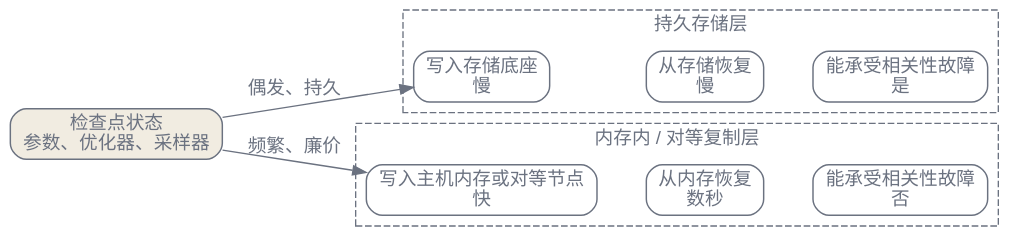
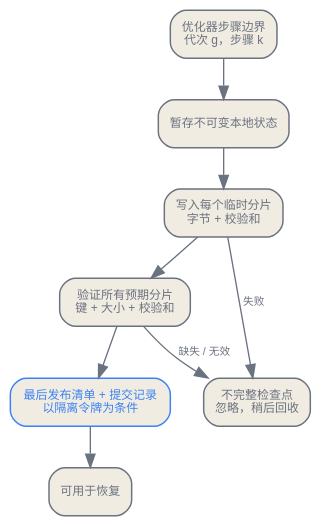
Before and after one commit to latere-ai/ai-as-an-infrastructure: the second of 3 diagrams in zh/infrastructure/04-orchestration-data-infra.qmd, drawn with Graphviz. The commit also changed other lines of this file and 2 other files, not shown here.

Commit message:
docs: rewrite Chinese orchestration chapter

````diff
--- a/zh/infrastructure/04-orchestration-data-infra.qmd
+++ b/zh/infrastructure/04-orchestration-data-infra.qmd
@@ -104,38 +104,24 @@
 ```{dot}
-//| label: fig-orchestration-checkpoint-tiers
-//| fig-cap: "两派检查点。持久存储层写入与恢复都慢，但能承受相关性故障；内存内或对等复制层两个方向都快，但若集群有足够多的部分同时宕掉就会丢失。多数运行将二者组合。"
+//| label: fig-orchestration-checkpoint-commit
+//| fig-cap: "只有在所有必需的临时分片都通过验证，并且受隔离令牌保护的清单提交记录最后发布之后，分布式检查点才可以用于恢复。"
 digraph {
   bgcolor="transparent";
-  rankdir=LR;
-  node [shape=box, style=rounded, fontname="Helvetica", color="#6b7280", fontcolor="#6b7280", penwidth=1.1];
-  edge [color="#6b7280", fontcolor="#6b7280"];
+  rankdir=TB;
+  nodesep=0.35; ranksep=0.42;
+  node [shape=box, style="rounded,filled", fontname="Helvetica", fontsize=9,
+        color="#6b7280", fontcolor="#6b7280", fillcolor="#f1ece1", penwidth=1.1];
+  edge [fontname="Helvetica", fontsize=8, color="#6b7280", fontcolor="#6b7280"];
 
-  subgraph cluster_durable {
-    label="持久存储层";
-    fontname="Helvetica";
-    fontcolor="#6b7280";
-    color="#6b7280";
-    style=dashed;
-    DW [label="写入存储底座\n慢"];
-    DR [label="从存储恢复\n慢"];
-    DS [label="能承受相关性故障\n是"];
-  }
+  boundary [label="优化器步骤边界\n代次 g，步骤 k"];
+  stage [label="暂存不可变本地状态"];
+  write [label="写入每个临时分片\n字节 + 校验和"];
+  verify [label="验证所有预期分片\n键 + 大小 + 校验和"];
+  commit [label="最后发布清单 + 提交记录\n以隔离令牌为条件", color="#3b82f6", fontcolor="#3b82f6"];
+  restore [label="可用于恢复"];
+  partial [label="不完整检查点\n忽略，稍后回收"];
 
-  subgraph cluster_fast {
-    label="内存内 / 对等复制层";
-    fontname="Helvetica";
-    fontcolor="#6b7280";
-    color="#6b7280";
-    style=dashed;
-    FW [label="写入主机内存或对等节点\n快"];
-    FR [label="从内存恢复\n数秒"];
-    FS [label="能承受相关性故障\n否"];
-  }
-
-  State [label="检查点状态\n参数、优化器、采样器", shape=box, style="rounded,filled", fillcolor="#f1ece1"];
-  State -> DW [label="偶发、持久"];
-  State -> FW [label="频繁、廉价"];
-  DW -> DR -> DS [style=invis];
-  FW -> FR -> FS [style=invis];
+  boundary -> stage -> write -> verify -> commit -> restore;
+  write -> partial [label="失败"];
+  verify -> partial [label="缺失 / 无效"];
 }
 ```
````
